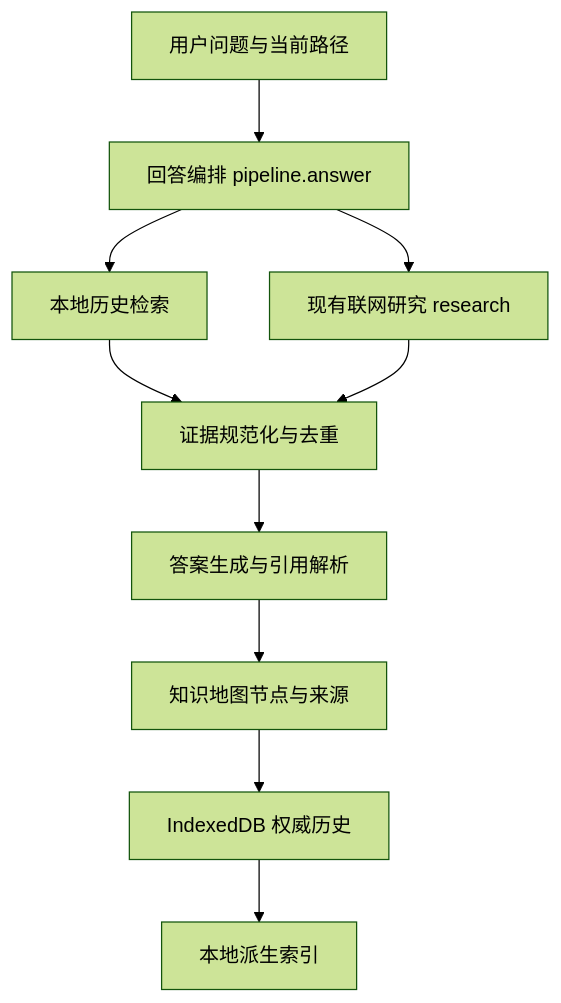
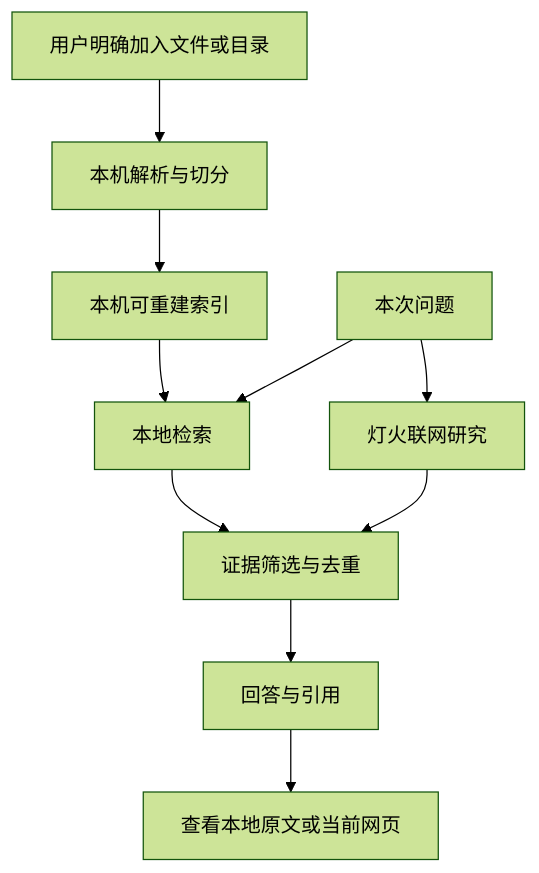
Before and after one commit to Majiturbo/lanshanchu: the diagram in docs/local-knowledge-sag-implementation.md, drawn with Mermaid (forest theme). The commit also changed other lines of this file and 14 other files, not shown here.

````diff
--- a/docs/local-knowledge-sag-implementation.md
+++ b/docs/local-knowledge-sag-implementation.md
@@ -26,12 +13,12 @@
 ```mermaid
 flowchart TD
-  Q[用户问题与当前路径] --> R[回答编排 pipeline.answer]
-  R --> L[本地历史检索]
-  R --> W[现有联网研究 research]
-  L --> E[证据规范化与去重]
-  W --> E
-  E --> C[答案生成与引用解析]
-  C --> G[知识地图节点与来源]
-  G --> H[IndexedDB 权威历史]
-  H --> I[本地派生索引]
+  U[用户明确加入文件或目录] --> P[本机解析与切分]
+  P --> I[本机可重建索引]
+  Q[本次问题] --> L[本地检索]
+  I --> L
+  Q --> W[灯火联网研究]
+  L --> F[证据筛选与去重]
+  W --> F
+  F --> A[回答与引用]
+  A --> V[查看本地原文或当前网页]
 ```
````
